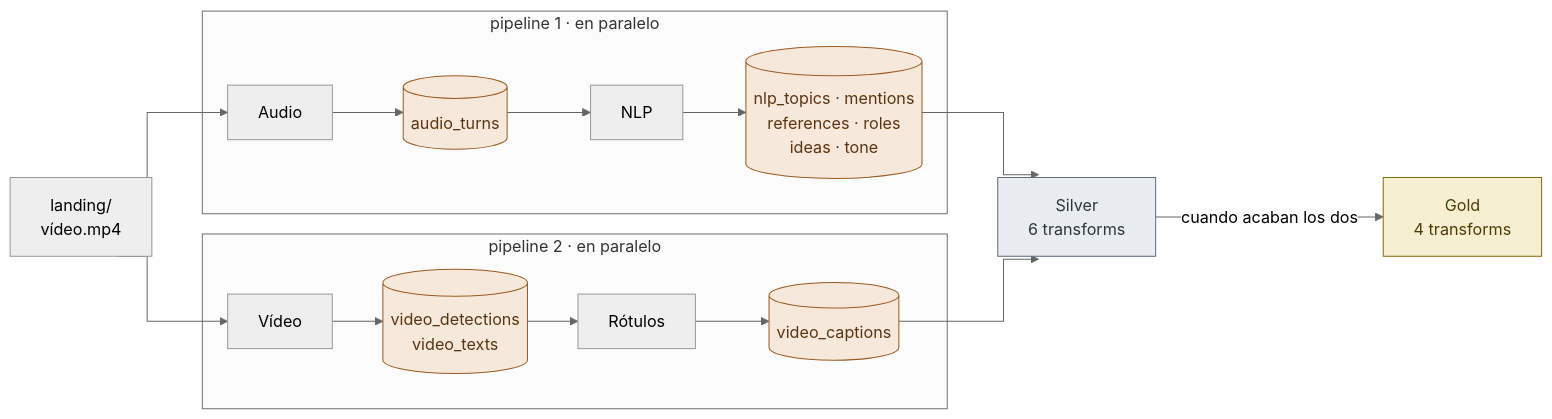
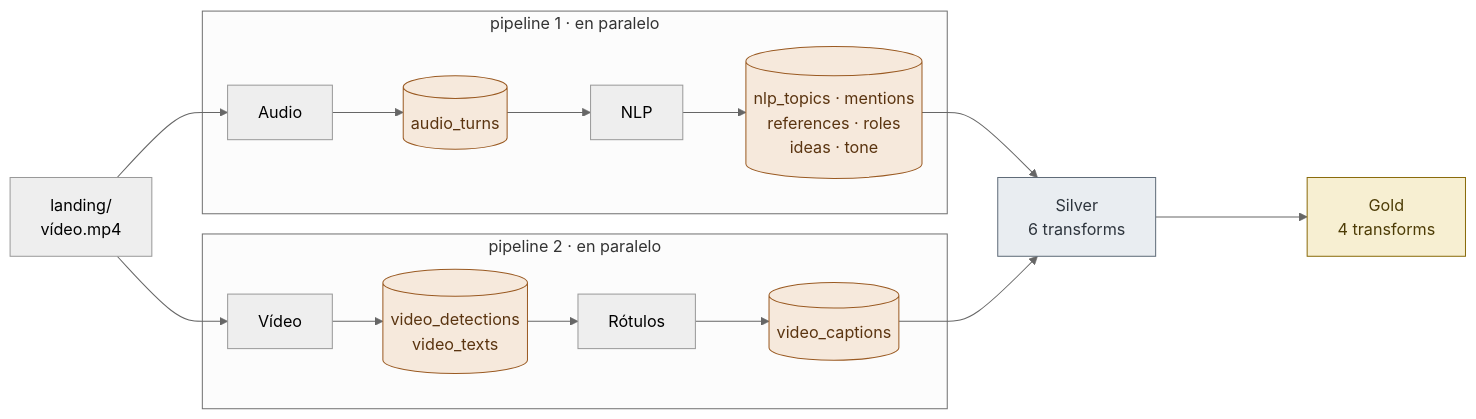
One commit to ComunidadIA-OS/attention-is-all-she-needs changed the first of 3 diagrams in ARCHITECTURE.md. Above: the diagram before and after it, drawn with Mermaid (neutral theme). The commit also changed other lines of this file, not shown here.

Commit message:
docs: correct text architecture

````diff
--- a/ARCHITECTURE.md
+++ b/ARCHITECTURE.md
@@ -34,22 +34,21 @@
 ```mermaid
-%%{init: {"flowchart": {"curve": "step"}}}%%
 flowchart LR
     L["landing/<br/>vídeo.mp4"]
     subgraph C1["pipeline 1 · en paralelo"]
         A[Audio] --> AT[(audio_turns)] --> N[NLP] --> NT[("nlp_topics · mentions<br/>references · roles<br/>ideas · tone")]
     end
     subgraph C2["pipeline 2 · en paralelo"]
         V[Vídeo] --> VT[("video_detections<br/>video_texts")] --> R[Rótulos] --> RT[(video_captions)]
     end
     L --> A
     L --> V
     NT --> S["Silver<br/>6 transforms"]
     RT --> S
-    S -- cuando acaban los dos --> G["Gold<br/>4 transforms"]
+    S ----> G["Gold<br/>4 transforms"]
     classDef bronze fill:#f6e9dc,stroke:#9a5a22,color:#5a3410
     classDef silver fill:#e9edf1,stroke:#5f6b78,color:#2e353d
     classDef gold fill:#f7efd2,stroke:#8a6b0c,color:#4d3c06
     class AT,NT,VT,RT bronze
     class S silver
     class G gold
 ```
````
